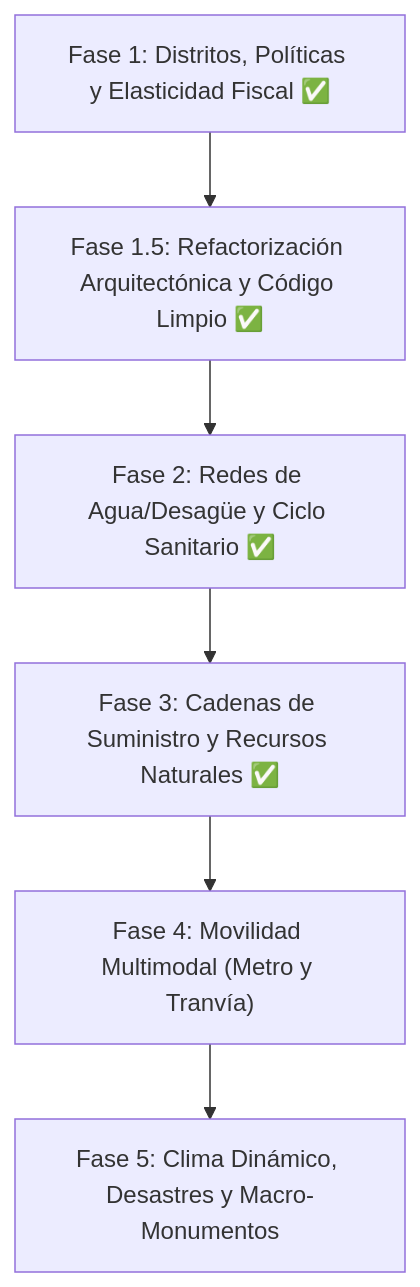
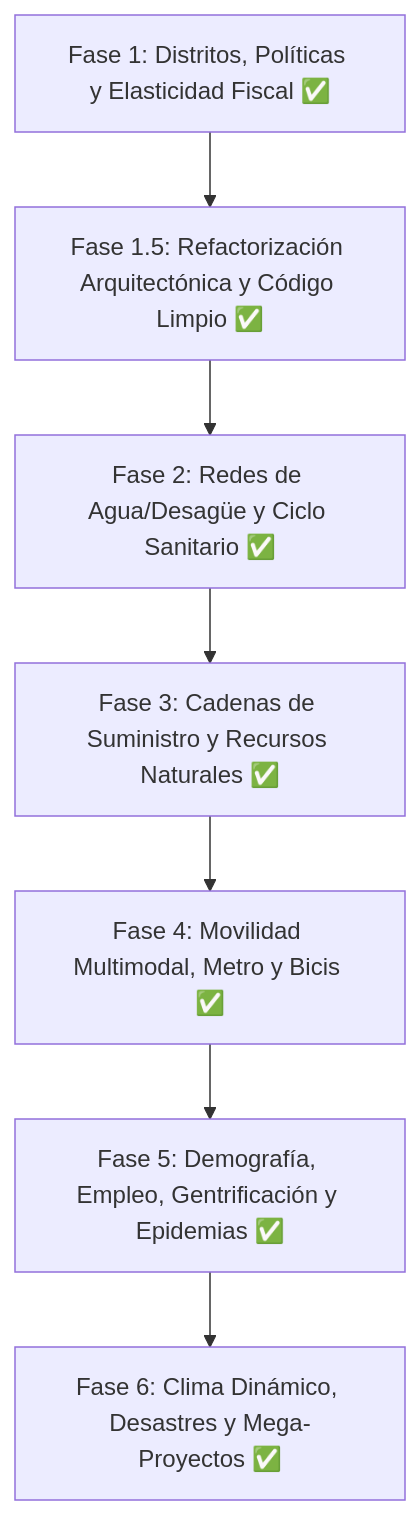
Before and after one commit to victorgomez09/city-builder: the second of 2 diagrams in ROADMAP.md, drawn with Mermaid. The commit also changed other lines of this file and 18 other files, not shown here.

````diff
--- a/ROADMAP.md
+++ b/ROADMAP.md
@@ -163,8 +163,9 @@
 ```mermaid
 flowchart TD
     P1["Fase 1: Distritos, Políticas y Elasticidad Fiscal ✅"] --> P15["Fase 1.5: Refactorización Arquitectónica y Código Limpio ✅"]
     P15 --> P2["Fase 2: Redes de Agua/Desagüe y Ciclo Sanitario ✅"]
     P2 --> P3["Fase 3: Cadenas de Suministro y Recursos Naturales ✅"]
-    P3 --> P4["Fase 4: Movilidad Multimodal (Metro y Tranvía)"]
-    P4 --> P5["Fase 5: Clima Dinámico, Desastres y Macro-Monumentos"]
+    P3 --> P4["Fase 4: Movilidad Multimodal, Metro y Bicis ✅"]
+    P4 --> P5["Fase 5: Demografía, Empleo, Gentrificación y Epidemias ✅"]
+    P5 --> P6["Fase 6: Clima Dinámico, Desastres y Mega-Proyectos ✅"]
 ```
````
